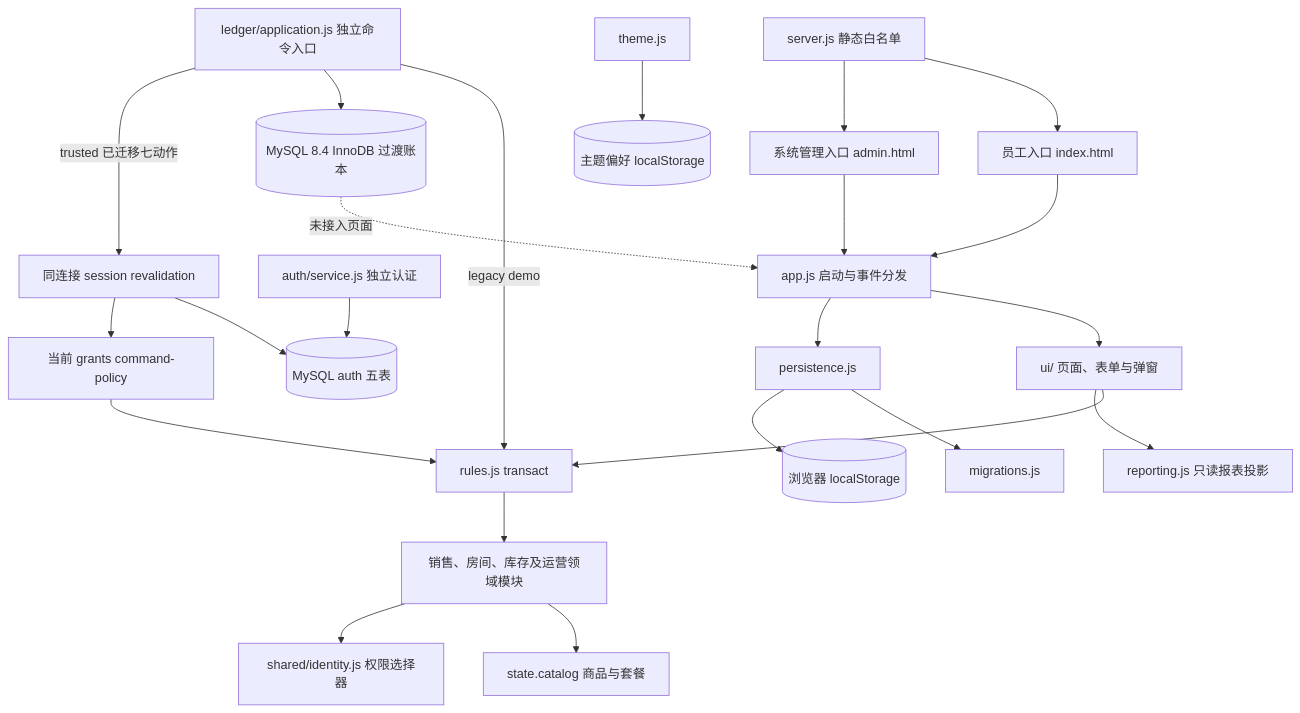
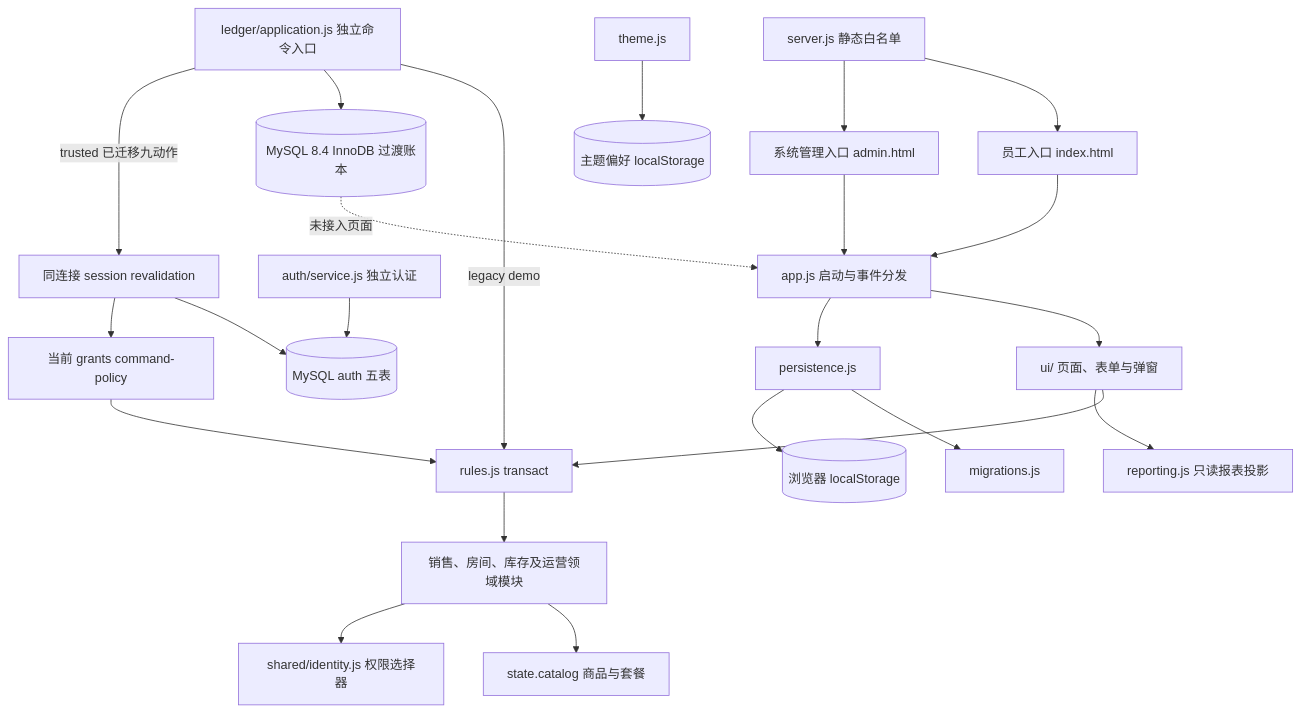
The diagram in docs/ARCHITECTURE.md (Richard-Zhuo/codex-KTV), drawn with Mermaid before and after one commit. The commit also changed other lines of this file and 11 other files, not shown here.

````diff
--- a/docs/ARCHITECTURE.md
+++ b/docs/ARCHITECTURE.md
@@ -7,25 +7,25 @@
 ```mermaid
 flowchart TD
   E[员工入口 index.html] --> APP[app.js 启动与事件分发]
   A[系统管理入口 admin.html] --> APP
   APP --> UI[ui/ 页面、表单与弹窗]
   APP --> P[persistence.js]
   P --> M[migrations.js]
   P --> LS[(浏览器 localStorage)]
   UI --> TX[rules.js transact]
   TX --> D[销售、房间、库存及运营领域模块]
   UI --> REP[reporting.js 只读报表投影]
   D --> C[state.catalog 商品与套餐]
   D --> ID[shared/identity.js 权限选择器]
   T[theme.js] --> PREF[(主题偏好 localStorage)]
   S[server.js 静态白名单] --> E
   S --> A
   L[ledger/application.js 独立命令入口] -->|legacy demo| TX
   L --> DB[(MySQL 8.4 InnoDB 过渡账本)]
   AUTH[auth/service.js 独立认证] --> AUTHDB[(MySQL auth 五表)]
-  L -->|trusted 已迁移七动作| RV[同连接 session revalidation]
+  L -->|trusted 已迁移九动作| RV[同连接 session revalidation]
   RV --> AUTHDB
   RV --> CP[当前 grants command-policy]
   CP --> TX
   DB -. 未接入页面 .-> APP
 ```
````
